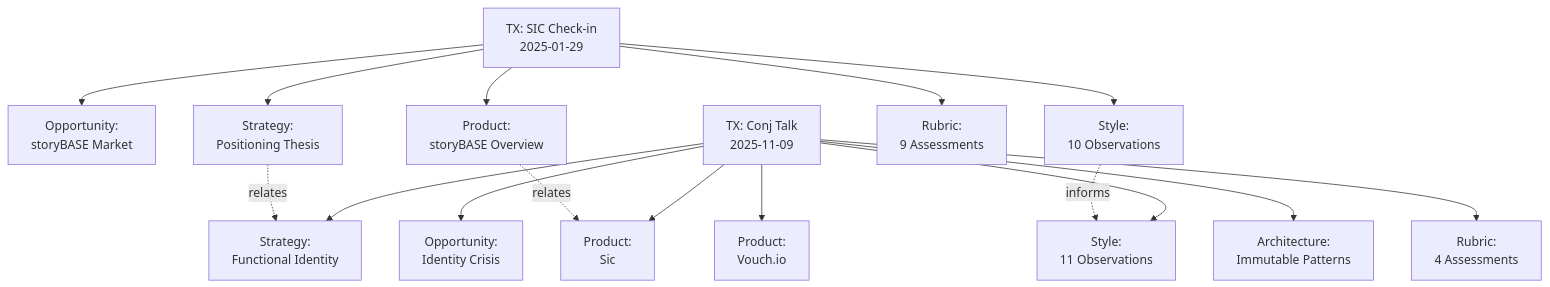
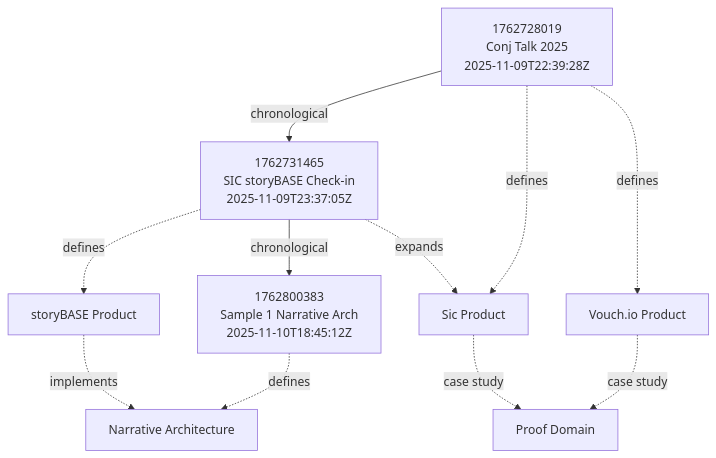
One commit to Synthetic-Identity-Co/conj-talk-2025 changed the first of 3 diagrams in README.md. Above: the diagram before and after it, drawn with Mermaid. The commit also changed other lines of this file, not shown here.

Commit message:
story:  147ca7b363e3584446bc3663c5ea83ab10c7ed26

````diff
--- a/README.md
+++ b/README.md
@@ -103,20 +95,19 @@
 ```mermaid
 graph TD
-    TX1[TX: SIC Check-in<br/>2025-01-29] --> OPP1[Opportunity:<br/>storyBASE Market]
-    TX1 --> STRAT1[Strategy:<br/>Positioning Thesis]
-    TX1 --> PROD1[Product:<br/>storyBASE Overview]
-    TX1 --> STYLE1[Style:<br/>10 Observations]
-    TX1 --> RUBRIC1[Rubric:<br/>9 Assessments]
+    TX1[1762728019<br/>Conj Talk 2025<br/>2025-11-09T22:39:28Z]
+    TX2[1762731465<br/>SIC storyBASE Check-in<br/>2025-11-09T23:37:05Z]
+    TX3[1762800383<br/>Sample 1 Narrative Arch<br/>2025-11-10T18:45:12Z]
     
-    TX2[TX: Conj Talk<br/>2025-11-09] --> OPP2[Opportunity:<br/>Identity Crisis]
-    TX2 --> STRAT2[Strategy:<br/>Functional Identity]
-    TX2 --> PROD2A[Product:<br/>Vouch.io]
-    TX2 --> PROD2B[Product:<br/>Sic]
-    TX2 --> ARCH2[Architecture:<br/>Immutable Patterns]
-    TX2 --> STYLE2[Style:<br/>11 Observations]
-    TX2 --> RUBRIC2[Rubric:<br/>4 Assessments]
+    TX1 -->|chronological| TX2
+    TX2 -->|chronological| TX3
     
-    STRAT1 -.relates.-> STRAT2
-    PROD1 -.relates.-> PROD2B
-    STYLE1 -.informs.-> STYLE2
+    TX1 -.->|defines| VOUCH[Vouch.io Product]
+    TX1 -.->|defines| SIC[Sic Product]
+    TX2 -.->|expands| SIC
+    TX2 -.->|defines| STORYBASE[storyBASE Product]
+    TX3 -.->|defines| NARR_ARCH[Narrative Architecture]
+    
+    VOUCH -.->|case study| PROOF[Proof Domain]
+    SIC -.->|case study| PROOF
+    STORYBASE -.->|implements| NARR_ARCH
 ```
````
